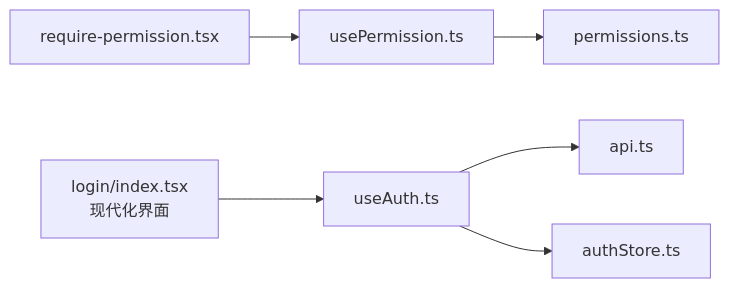
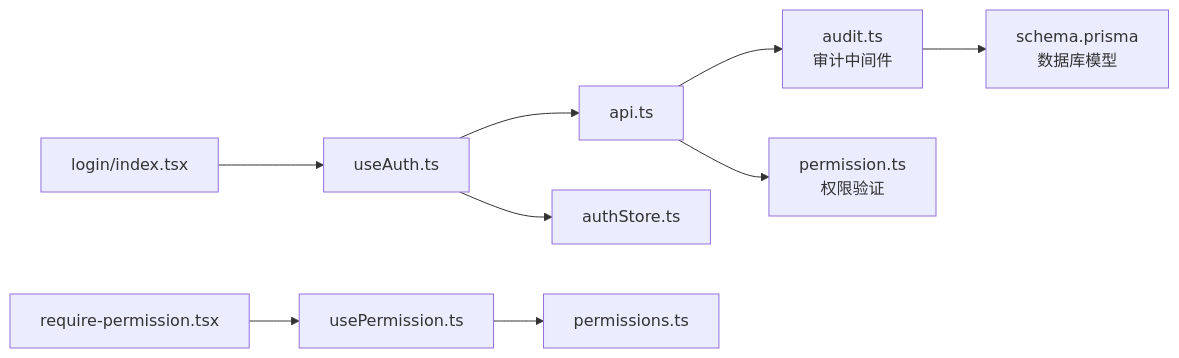
One commit to Damao997/newproject changed the ninth of 9 diagrams in .qoder/repowiki/zh/content/核心模块/用户认证系统.md. Above: the diagram before and after it, drawn with Mermaid. The commit also changed other lines of this file and 26 other files, not shown here.

````diff
--- a/.qoder/repowiki/zh/content/核心模块/用户认证系统.md
+++ b/.qoder/repowiki/zh/content/核心模块/用户认证系统.md
@@ -385,8 +461,11 @@
 ```mermaid
 graph LR
 USEAUTH["useAuth.ts"] --> API["api.ts"]
 USEAUTH --> AUTHSTORE["authStore.ts"]
 GUARD["require-permission.tsx"] --> PERMHOOK["usePermission.ts"]
 PERMHOOK --> PERMLIB["permissions.ts"]
-LOGIN["login/index.tsx<br/>现代化界面"] --> USEAUTH
+LOGIN["login/index.tsx"] --> USEAUTH
+API --> AUDIT["audit.ts<br/>审计中间件"]
+API --> PERMS["permission.ts<br/>权限验证"]
+AUDIT --> SCHEMA["schema.prisma<br/>数据库模型"]
 ```
````
